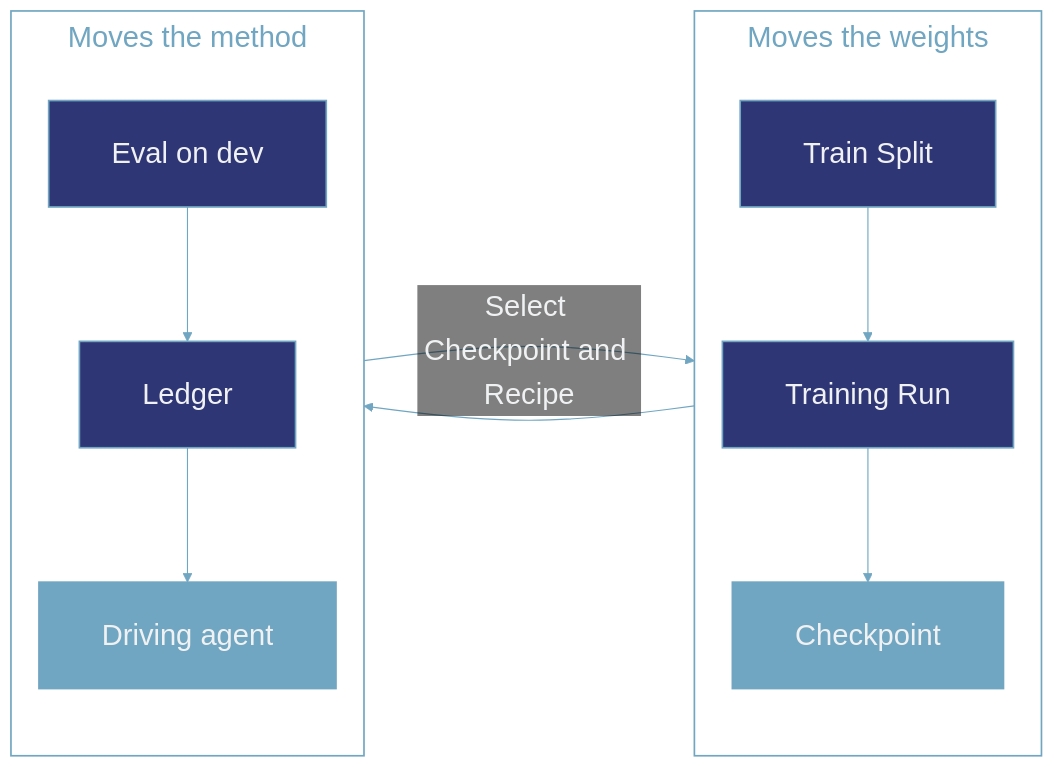
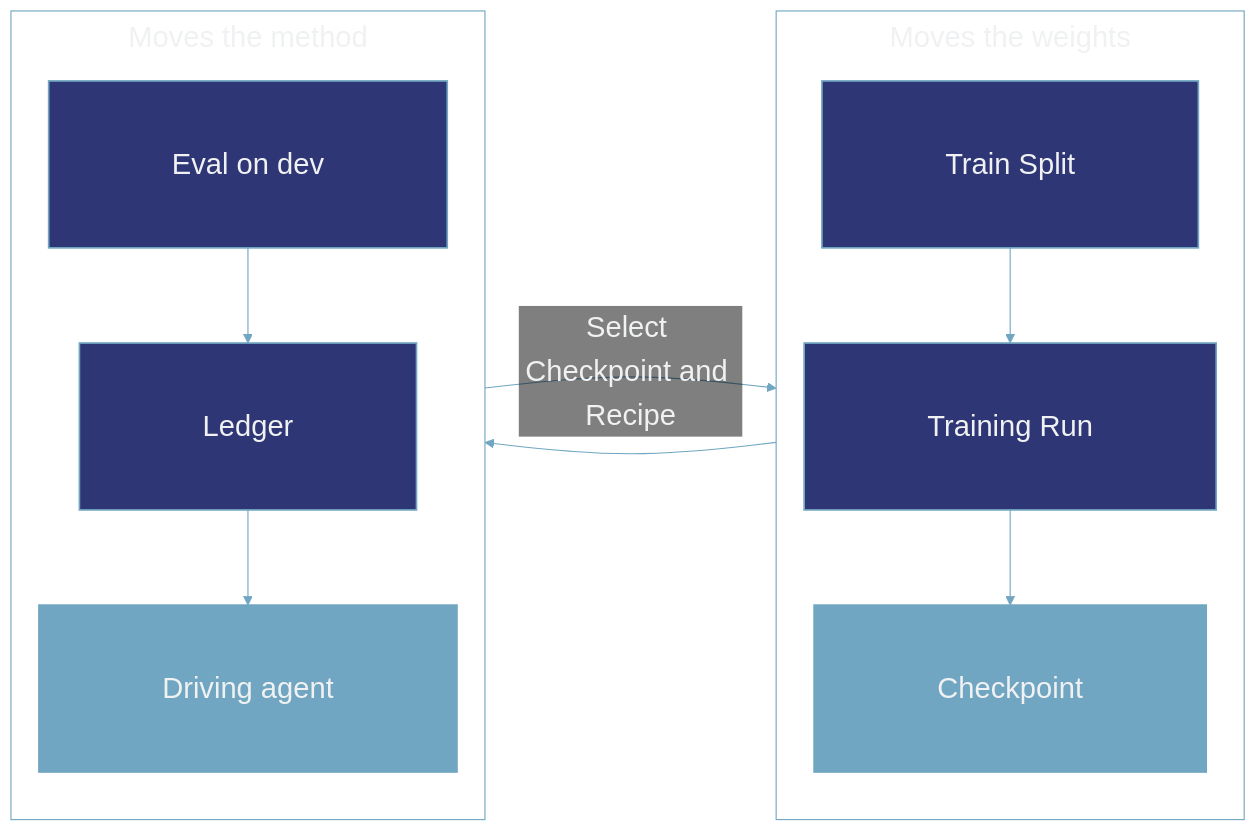
One commit to Monte-Inc/internal-monte-platform-docs changed the first of 2 diagrams in concepts/improvement.mdx. Above: the diagram before and after it, drawn with Mermaid. The commit also changed 1 other file, not shown here.

Commit message:
Subgraph titles follow the page theme, and the boxes get height
A fixed colour cannot serve both themes, so the titles move out of the
mermaid config and into style.css, which Mintlify loads: near-black on a
light page, near-white on a dark one. The init block stops overriding
them.

Height comes from cluster padding this time, not rankSpacing. Inside a
direction TB subgraph rankSpacing sets the vertical gap between nodes,
but in the outer LR layout the same number pushes the two subgraphs
apart, which is what widened the figure last round. Padding grows the
boxes and leaves the gap alone.

````diff
--- a/concepts/improvement.mdx
+++ b/concepts/improvement.mdx
@@ -11,20 +11,18 @@
 ```mermaid actions={false}
-%%{init: {'theme': 'base', 'themeVariables': {'primaryColor': '#315594', 'primaryTextColor': '#F0F1F2', 'primaryBorderColor': '#315594', 'lineColor': '#70A6C1', 'textColor': '#17181B', 'titleColor': '#70A6C1', 'clusterBkg': 'transparent', 'clusterBorder': '#70A6C1', 'edgeLabelBackground': 'transparent', 'tertiaryColor': '#315594', 'tertiaryTextColor': '#F0F1F2', 'tertiaryBorderColor': '#315594', 'fontSize': '26px'}, 'flowchart': {'subGraphTitleMargin': {'top': 4, 'bottom': 16}, 'rankSpacing': 95, 'nodeSpacing': 30, 'padding': 28}}}%%
+%%{init: {'theme': 'base', 'themeVariables': {'primaryColor': '#315594', 'primaryTextColor': '#F0F1F2', 'primaryBorderColor': '#315594', 'lineColor': '#70A6C1', 'textColor': '#17181B', 'clusterBkg': 'transparent', 'clusterBorder': '#70A6C1', 'edgeLabelBackground': 'transparent', 'tertiaryColor': '#315594', 'tertiaryTextColor': '#F0F1F2', 'tertiaryBorderColor': '#315594', 'fontSize': '26px'}, 'flowchart': {'subGraphTitleMargin': {'top': 4, 'bottom': 16}, 'rankSpacing': 60, 'nodeSpacing': 30, 'padding': 55}}}%%
 flowchart LR
     subgraph INNER["Moves the weights"]
         direction TB
         TRAIN["Train Split"]:::entry --> RUN["Training Run"]:::score --> CKPT["Checkpoint"]:::model
     end
     subgraph OUTER["Moves the method"]
         direction TB
         EVAL["Eval on dev"]:::score --> LEDGER["Ledger"]:::entry --> AGENT["Driving agent"]:::model
     end
     CKPT --> EVAL
     AGENT -->|"Select Checkpoint and Recipe"| RUN
 
-    class INNER,OUTER cluster;
-    classDef cluster fill:transparent,stroke:#70A6C1,stroke-width:1.5px,color:#70A6C1;
     classDef entry fill:#2F3675,stroke:#70A6C1,stroke-width:1.5px,color:#F0F1F2;
     classDef model fill:#70A6C1,stroke:#70A6C1,stroke-width:1.5px,color:#F0F1F2;
     classDef score fill:#2F3675,stroke:#70A6C1,stroke-width:1.5px,color:#F0F1F2;
 ```
````
